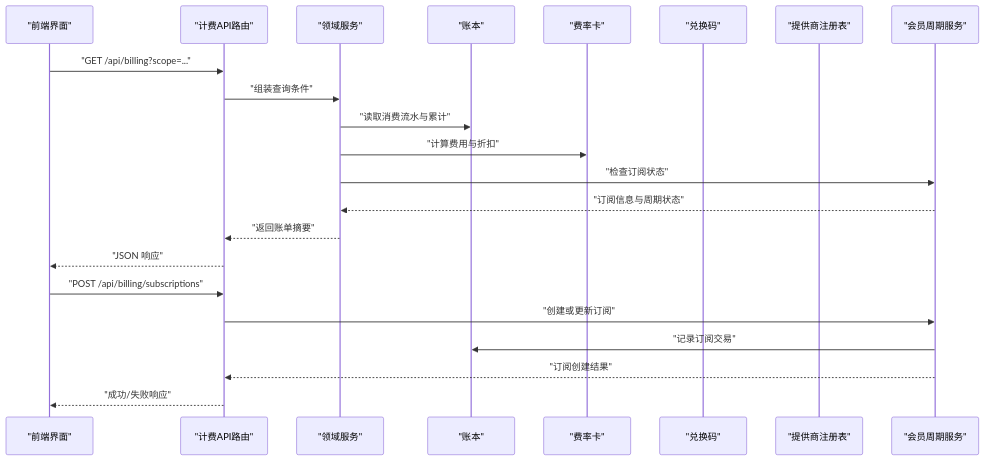
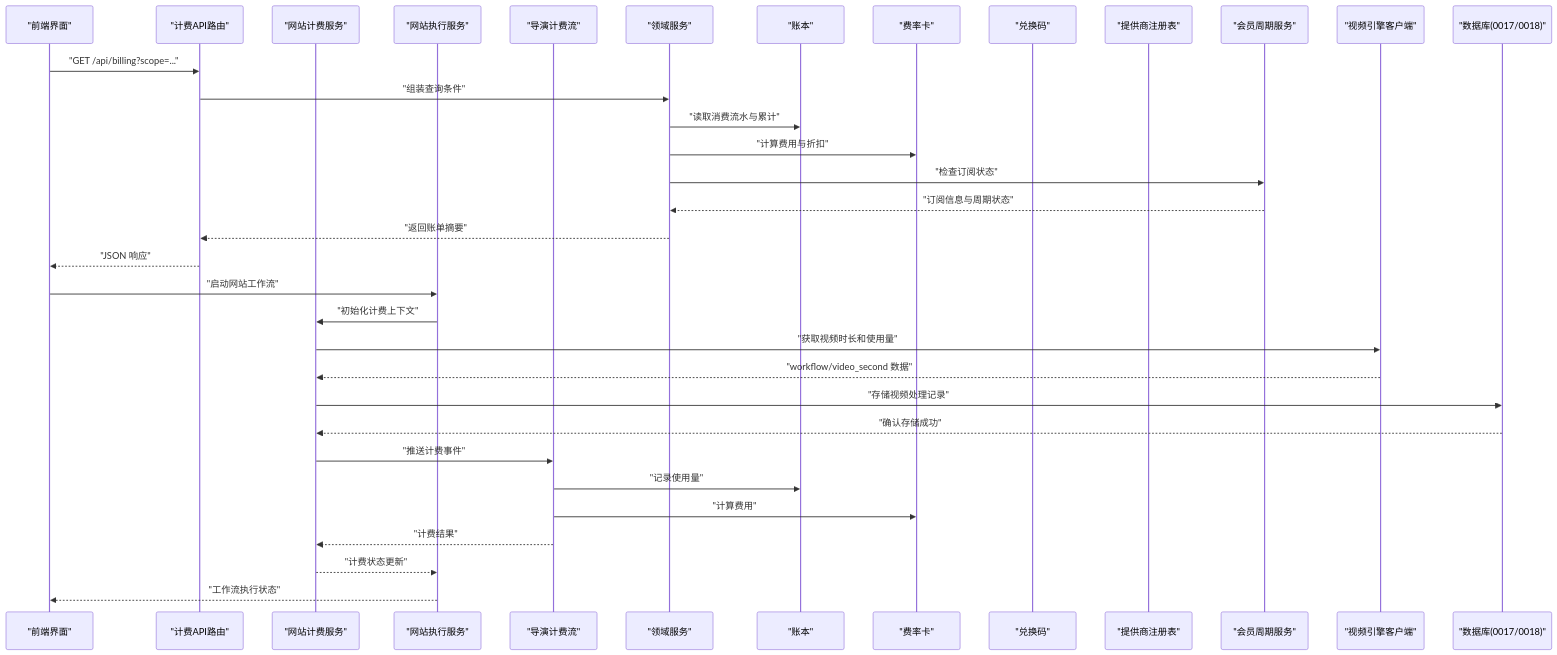
Before and after one commit to scottcwy/PurpleInk: the second of 3 diagrams in .qoder/repowiki/zh/content/项目概述/计费配置/计费配置.md, drawn with Mermaid. The commit also changed other lines of this file and 29 other files, not shown here.

````diff
--- a/.qoder/repowiki/zh/content/项目概述/计费配置/计费配置.md
+++ b/.qoder/repowiki/zh/content/项目概述/计费配置/计费配置.md
@@ -149,24 +212,36 @@
 ```mermaid
 sequenceDiagram
 participant FE as "前端界面"
 participant API as "计费API路由"
+participant WebsiteBilling as "网站计费服务"
+participant WebsiteExecution as "网站执行服务"
+participant DirectorBilling as "导演计费流"
 participant Domain as "领域服务"
 participant Ledger as "账本"
 participant Rate as "费率卡"
 participant Redeem as "兑换码"
 participant Provider as "提供商注册表"
 participant Period as "会员周期服务"
+participant Engine as "视频引擎客户端"
+participant DB as "数据库(0017/0018)"
 FE->>API : "GET /api/billing?scope=..."
 API->>Domain : "组装查询条件"
 Domain->>Ledger : "读取消费流水与累计"
 Domain->>Rate : "计算费用与折扣"
 Domain->>Period : "检查订阅状态"
 Period-->>Domain : "订阅信息与周期状态"
 Domain-->>API : "返回账单摘要"
 API-->>FE : "JSON 响应"
-FE->>API : "POST /api/billing/subscriptions"
-API->>Period : "创建或更新订阅"
-Period->>Ledger : "记录订阅交易"
-Period-->>API : "订阅创建结果"
-API-->>FE : "成功/失败响应"
+FE->>WebsiteExecution : "启动网站工作流"
+WebsiteExecution->>WebsiteBilling : "初始化计费上下文"
+WebsiteBilling->>Engine : "获取视频时长和使用量"
+Engine-->>WebsiteBilling : "workflow/video_second 数据"
+WebsiteBilling->>DB : "存储视频处理记录"
+DB-->>WebsiteBilling : "确认存储成功"
+WebsiteBilling->>DirectorBilling : "推送计费事件"
+DirectorBilling->>Ledger : "记录使用量"
+DirectorBilling->>Rate : "计算费用"
+DirectorBilling-->>WebsiteBilling : "计费结果"
+WebsiteBilling-->>WebsiteExecution : "计费状态更新"
+WebsiteExecution-->>FE : "工作流执行状态"
 ```
````
